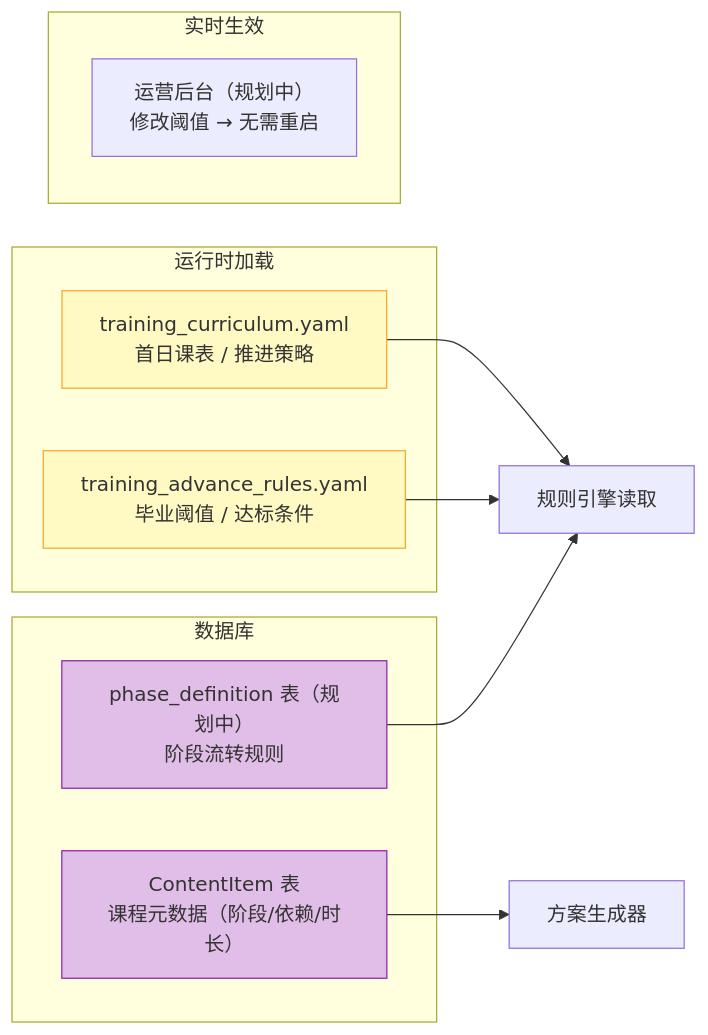
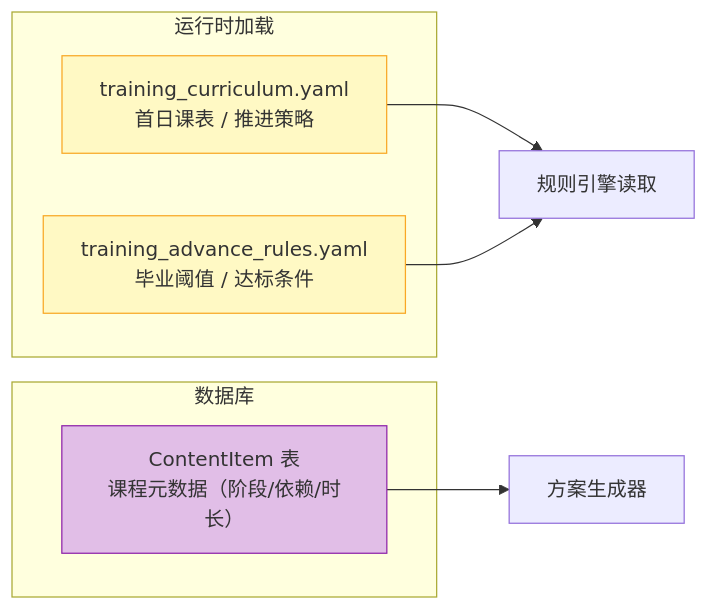
One commit to quppwork/Jnao_tianfu_daka changed the fifth of 8 diagrams in docs/体系架构设计.md. Above: the diagram before and after it, drawn with Mermaid. The commit also changed other lines of this file and 23 other files, not shown here.

````diff
--- a/docs/体系架构设计.md
+++ b/docs/体系架构设计.md
@@ -193,26 +190,19 @@
 ```mermaid
 graph LR
     subgraph 运行时加载
         YAML["training_curriculum.yaml<br/>首日课表 / 推进策略"]
         YAML2["training_advance_rules.yaml<br/>毕业阈值 / 达标条件"]
     end
 
     subgraph 数据库
         CT["ContentItem 表<br/>课程元数据（阶段/依赖/时长）"]
-        PH["phase_definition 表（规划中）<br/>阶段流转规则"]
-    end
-
-    subgraph 实时生效
-        OPS["运营后台（规划中）<br/>修改阈值 → 无需重启"]
     end
 
     YAML --> RULES["规则引擎读取"]
     YAML2 --> RULES
     CT --> PLAN["方案生成器"]
-    PH --> RULES
 
     style YAML fill:#fff9c4,stroke:#f9a825
     style YAML2 fill:#fff9c4,stroke:#f9a825
     style CT fill:#e1bee7,stroke:#8e24aa
-    style PH fill:#e1bee7,stroke:#8e24aa
 ```
````
